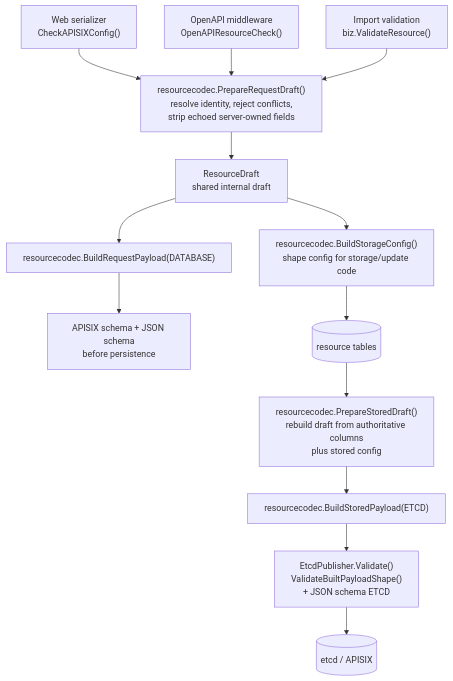
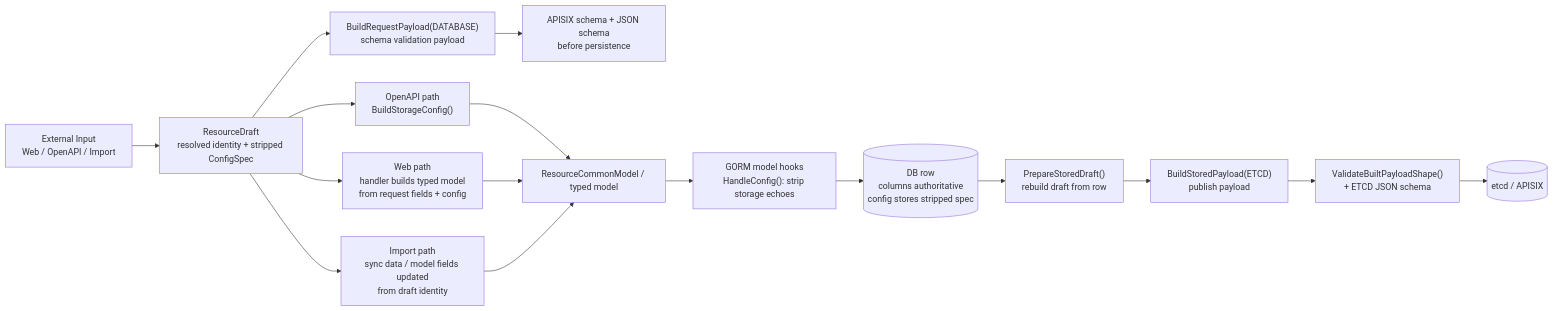
Before and after one commit to TencentBlueKing/blueking-micro-apigateway: the fourth of 5 diagrams in src/apiserver/AGENTS.md, drawn with Mermaid. The commit also changed other lines of this file and 13 other files, not shown here.

First line of the commit message:
refactor(validation): rename hydrate to restore for read-time config

````diff
--- a/src/apiserver/AGENTS.md
+++ b/src/apiserver/AGENTS.md
@@ -311,18 +311,23 @@
 ```mermaid
-flowchart TD
-    Web["Web serializer<br/>CheckAPISIXConfig()"] --> Prepare["resourcecodec.PrepareRequestDraft()<br/>resolve identity, reject conflicts,<br/>strip echoed server-owned fields"]
-    Open["OpenAPI middleware<br/>OpenAPIResourceCheck()"] --> Prepare
-    Import["Import validation<br/>biz.ValidateResource()"] --> Prepare
+flowchart LR
+    Req["External Input<br/>Web / OpenAPI / Import"] --> Draft["ResourceDraft<br/>resolved identity + stripped ConfigSpec"]
 
-    Prepare --> Draft["ResourceDraft<br/>shared internal draft"]
-    Draft --> BuildDB["resourcecodec.BuildRequestPayload(DATABASE)"]
-    BuildDB --> RequestSchema["APISIX schema + JSON schema<br/>before persistence"]
+    Draft --> DBValidate["BuildRequestPayload(DATABASE)<br/>schema validation payload"]
+    DBValidate --> Schema["APISIX schema + JSON schema<br/>before persistence"]
 
-    Draft --> Storage["resourcecodec.BuildStorageConfig()<br/>shape config for storage/update code"]
-    Storage --> Rows[(resource tables)]
+    Draft --> OAStore["OpenAPI path<br/>BuildStorageConfig()"]
+    Draft --> WebStore["Web path<br/>handler builds typed model<br/>from request fields + config"]
+    Draft --> ImportStore["Import path<br/>sync data / model fields updated<br/>from draft identity"]
 
-    Rows --> Stored["resourcecodec.PrepareStoredDraft()<br/>rebuild draft from authoritative columns<br/>plus stored config"]
-    Stored --> BuildETCD["resourcecodec.BuildStoredPayload(ETCD)"]
-    BuildETCD --> PublishValidate["EtcdPublisher.Validate()<br/>ValidateBuiltPayloadShape()<br/>+ JSON schema ETCD"]
-    PublishValidate --> Etcd[(etcd / APISIX)]
+    OAStore --> CommonModel["ResourceCommonModel / typed model"]
+    WebStore --> CommonModel
+    ImportStore --> CommonModel
+
+    CommonModel --> Hooks["GORM model hooks<br/>HandleConfig(): strip storage echoes"]
+    Hooks --> DB[("DB row<br/>columns authoritative<br/>config stores stripped spec")]
+
+    DB --> StoredDraft["PrepareStoredDraft()<br/>rebuild draft from row"]
+    StoredDraft --> ETCDBuild["BuildStoredPayload(ETCD)<br/>publish payload"]
+    ETCDBuild --> PublishValidate["ValidateBuiltPayloadShape()<br/>+ ETCD JSON schema"]
+    PublishValidate --> ETCD[("etcd / APISIX")]
 ```
````
